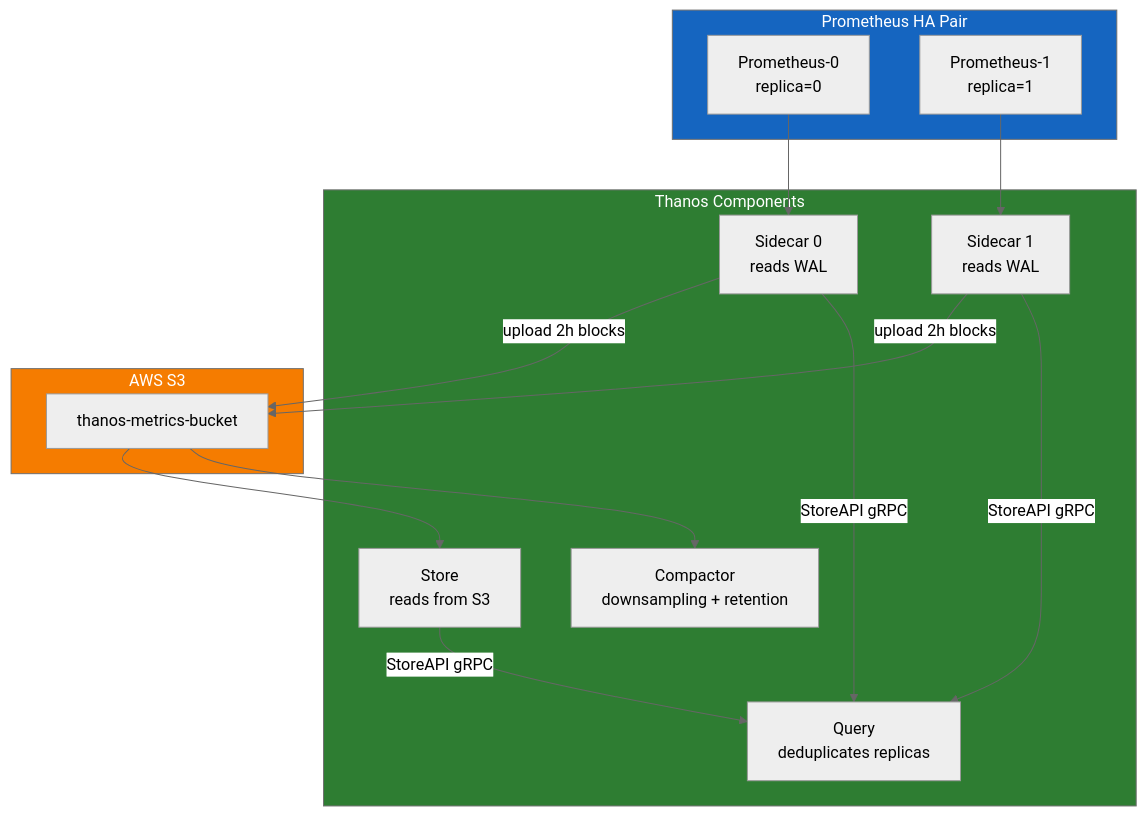
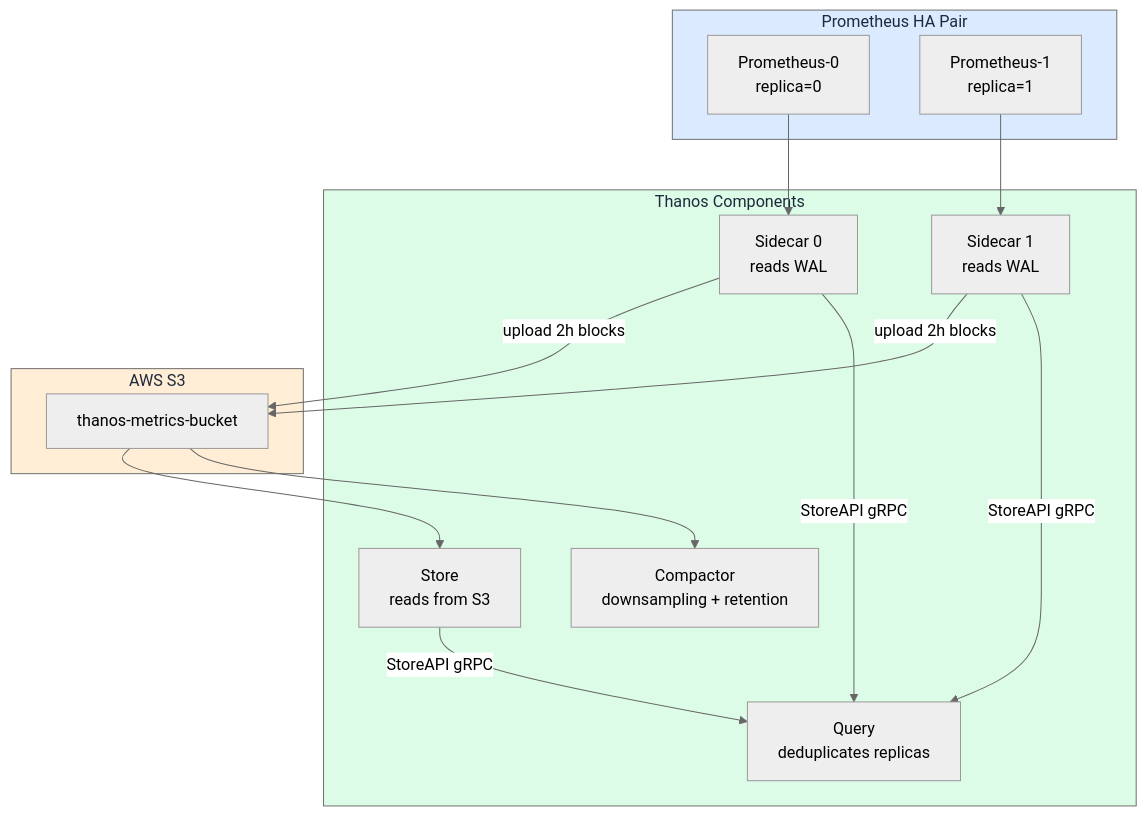
The fifth of 8 diagrams in docs/en/03-prometheus/README.md (XUanhoa04/aiops-engineering-handbook), drawn with Mermaid (neutral theme) before and after one commit. The commit also changed other lines of this file and 39 other files, not shown here.

First line of the commit message:
docs: concept-first Ch.08-12, collapse code, soft Mermaid colors

````diff
--- a/docs/en/03-prometheus/README.md
+++ b/docs/en/03-prometheus/README.md
@@ -748,33 +748,33 @@
 ```mermaid
 graph TD
     subgraph Prom["Prometheus HA Pair"]
         P1[Prometheus-0\nreplica=0]
         P2[Prometheus-1\nreplica=1]
     end
 
     subgraph Thanos["Thanos Components"]
         SCAR1[Sidecar 0\nreads WAL]
         SCAR2[Sidecar 1\nreads WAL]
         STORE[Store\nreads from S3]
         QUERY[Query\ndeduplicates replicas]
         COMPACT[Compactor\ndownsampling + retention]
     end
 
     subgraph S3["AWS S3"]
         BUCKET[thanos-metrics-bucket]
     end
 
     P1 --> SCAR1
     P2 --> SCAR2
     SCAR1 -->|upload 2h blocks| BUCKET
     SCAR2 -->|upload 2h blocks| BUCKET
     BUCKET --> STORE
     BUCKET --> COMPACT
     SCAR1 -->|StoreAPI gRPC| QUERY
     SCAR2 -->|StoreAPI gRPC| QUERY
     STORE -->|StoreAPI gRPC| QUERY
 
-    style Prom fill:#1565c0,color:#fff
-    style Thanos fill:#2e7d32,color:#fff
-    style S3 fill:#f57c00,color:#fff
+    style Prom fill:#dbeafe,color:#1e293b
+    style Thanos fill:#dcfce7,color:#1e293b
+    style S3 fill:#ffedd5,color:#1e293b
 ```
````
